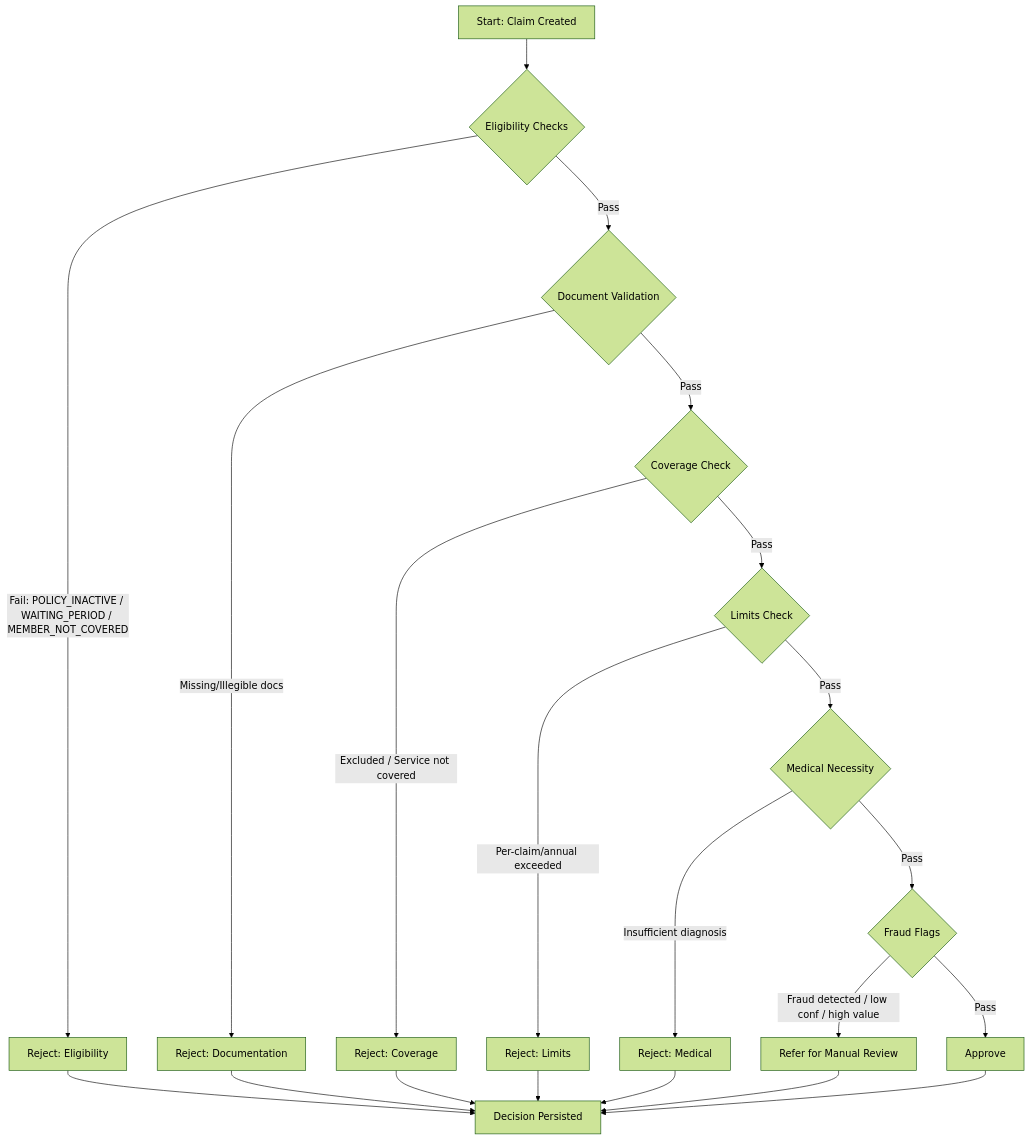
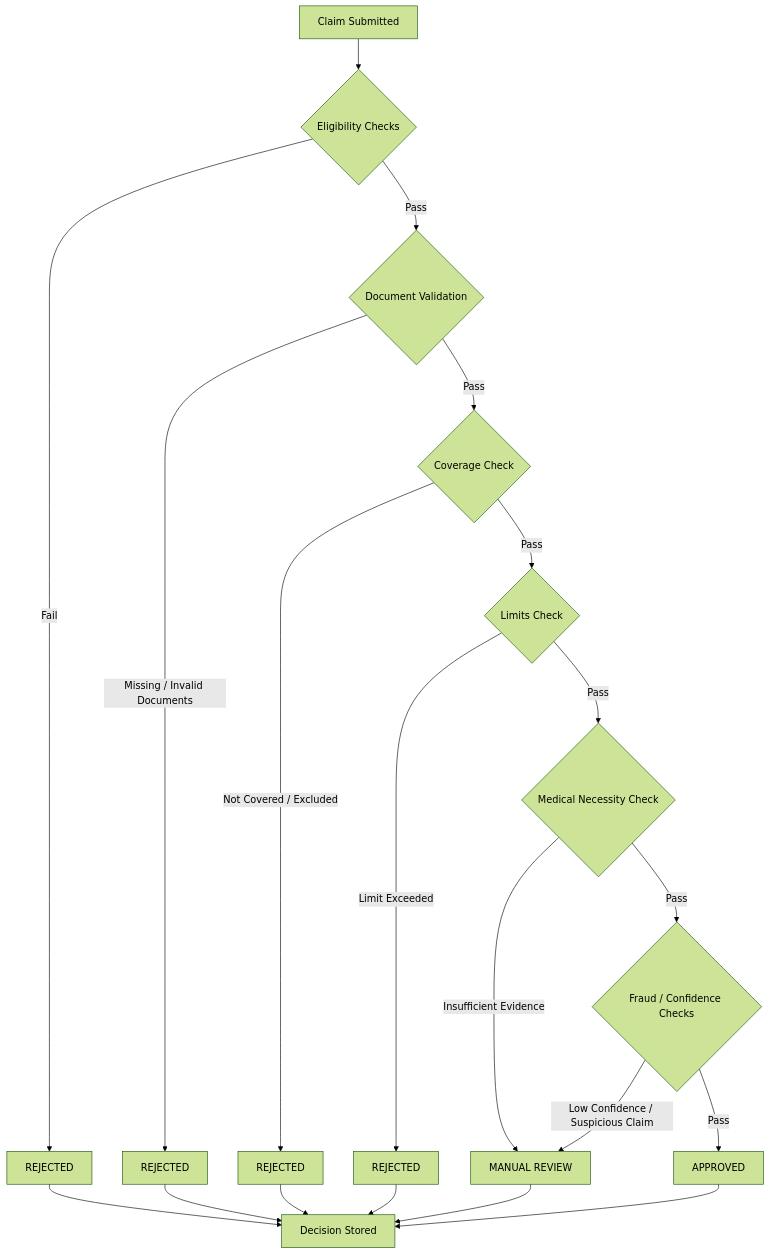
Before and after one commit to EswarbabuEttaligalla/plum: the diagram in decision_flowchart.md, drawn with Mermaid (forest theme). The commit also changed other lines of this file, not shown here.

````diff
--- a/decision_flowchart.md
+++ b/decision_flowchart.md
@@ -5,23 +5,36 @@
 ```mermaid
 flowchart TD
-  A[Start: Claim Created] --> B{Eligibility Checks}
-  B -->|Fail: POLICY_INACTIVE / WAITING_PERIOD / MEMBER_NOT_COVERED| REJ1[Reject: Eligibility]
-  B -->|Pass| C{Document Validation}
-  C -->|Missing/Illegible docs| REJ2[Reject: Documentation]
-  C -->|Pass| D{Coverage Check}
-  D -->|Excluded / Service not covered| REJ3[Reject: Coverage]
-  D -->|Pass| E{Limits Check}
-  E -->|Per-claim/annual exceeded| REJ4[Reject: Limits]
-  E -->|Pass| F{Medical Necessity}
-  F -->|Insufficient diagnosis| REJ5[Reject: Medical]
-  F -->|Pass| G{Fraud Flags}
-  G -->|Fraud detected / low conf / high value| MANUAL[Refer for Manual Review]
-  G -->|Pass| APPRO[Approve]
-  REJ1 --> OUT[Decision Persisted]
-  REJ2 --> OUT
-  REJ3 --> OUT
-  REJ4 --> OUT
-  REJ5 --> OUT
-  MANUAL --> OUT
-  APPRO --> OUT
+
+A[Claim Submitted] --> B{Eligibility Checks}
+
+B -->|Fail| REJ1[REJECTED]
+
+B -->|Pass| C{Document Validation}
+
+C -->|Missing / Invalid Documents| REJ2[REJECTED]
+
+C -->|Pass| D{Coverage Check}
+
+D -->|Not Covered / Excluded| REJ3[REJECTED]
+
+D -->|Pass| E{Limits Check}
+
+E -->|Limit Exceeded| REJ4[REJECTED]
+
+E -->|Pass| F{Medical Necessity Check}
+
+F -->|Insufficient Evidence| MANUAL[MANUAL REVIEW]
+
+F -->|Pass| G{Fraud / Confidence Checks}
+
+G -->|Low Confidence / Suspicious Claim| MANUAL
+
+G -->|Pass| APPROVED[APPROVED]
+
+REJ1 --> OUT[Decision Stored]
+REJ2 --> OUT
+REJ3 --> OUT
+REJ4 --> OUT
+MANUAL --> OUT
+APPROVED --> OUT
 ```
````
